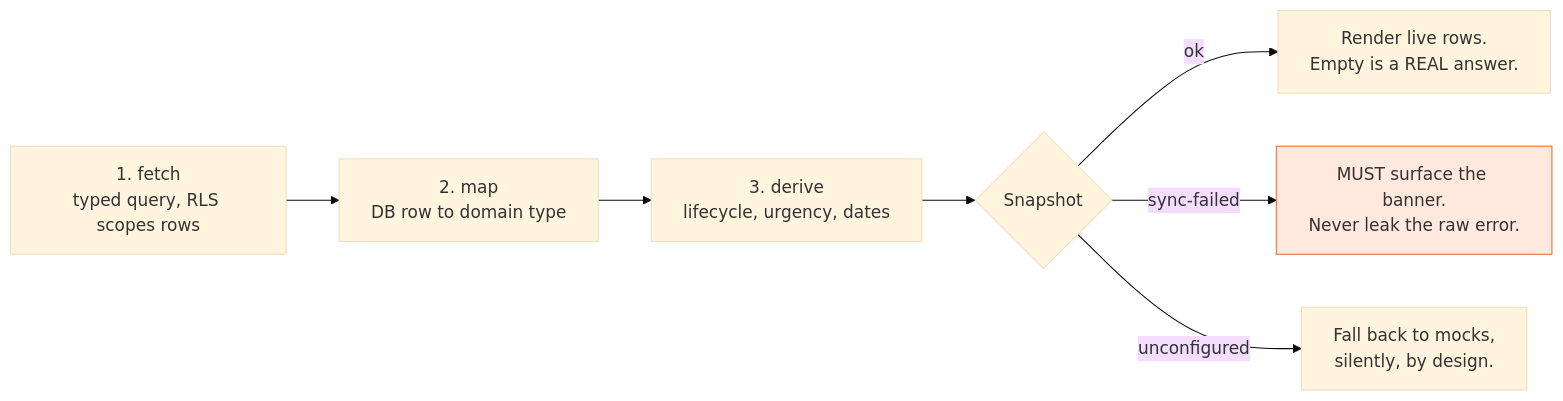
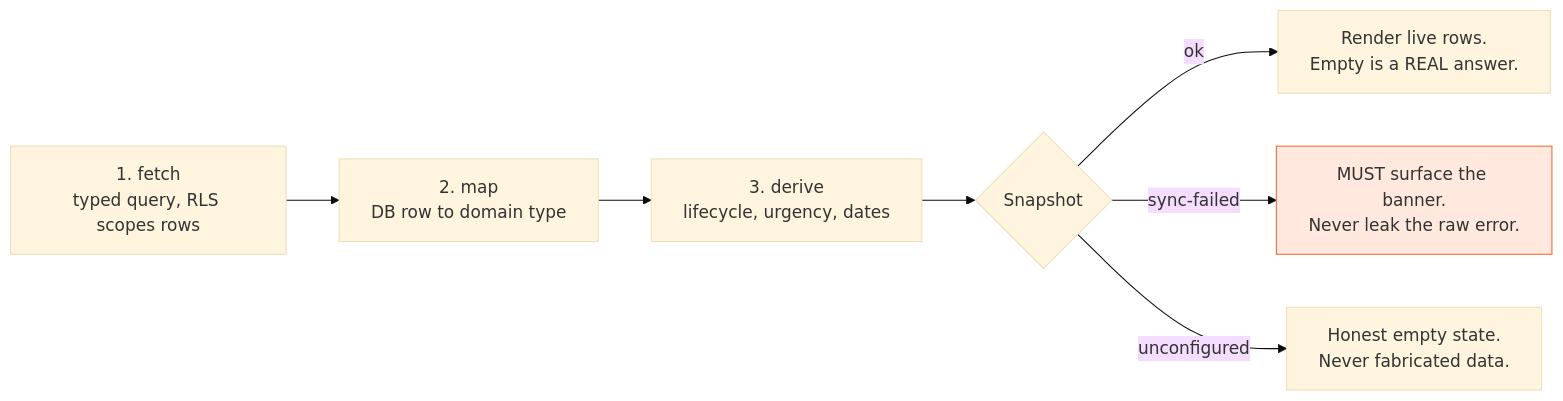
Before and after one commit to shuakyle21/tesda-compliance-manager: the fifth of 6 diagrams in docs/ARCHITECTURE_DIAGRAMS.md, drawn with Mermaid (base theme). The commit also changed other lines of this file and 7 other files, not shown here.

````diff
--- a/docs/ARCHITECTURE_DIAGRAMS.md
+++ b/docs/ARCHITECTURE_DIAGRAMS.md
@@ -182,11 +181,11 @@
 ```mermaid
 flowchart LR
     Fetch["1. fetch<br/>typed query, RLS scopes rows"] --> Map["2. map<br/>DB row to domain type"]
     Map --> Derive["3. derive<br/>lifecycle, urgency, dates"]
     Derive --> Snapshot{"Snapshot"}
     Snapshot -->|ok| Live["Render live rows.<br/>Empty is a REAL answer."]
     Snapshot -->|sync-failed| Banner["MUST surface the banner.<br/>Never leak the raw error."]
-    Snapshot -->|unconfigured| Mocks["Fall back to mocks,<br/>silently, by design."]
+    Snapshot -->|unconfigured| Empty["Honest empty state.<br/>Never fabricated data."]
 
     style Banner fill:#ffe9df,stroke:#eb6c36
 ```
````
